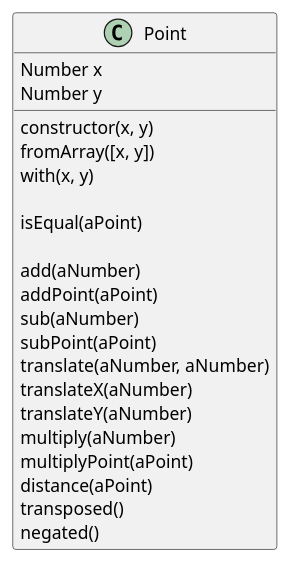
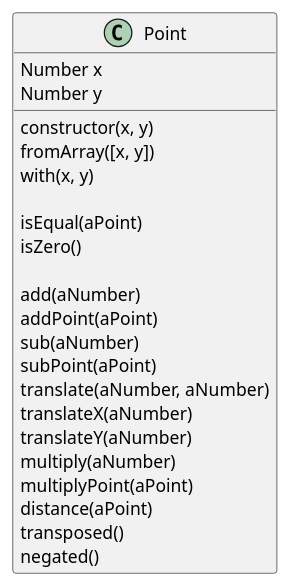
Before and after one commit to jarusll/Point: the diagram in Point.puml, drawn with PlantUML. The commit also changed 4 other files, not shown here.

```diff
--- a/Point.puml
+++ b/Point.puml
@@ -1,25 +1,26 @@
 @startuml Point
 class Point {
     Number x
     Number y
 
     constructor(x, y)
     fromArray([x, y])
     with(x, y)
 
     isEqual(aPoint)
+    isZero()
 
     add(aNumber)
     addPoint(aPoint)
     sub(aNumber)
     subPoint(aPoint)
     translate(aNumber, aNumber)
     translateX(aNumber)
     translateY(aNumber)
     multiply(aNumber)
     multiplyPoint(aPoint)
     distance(aPoint)
     transposed()
     negated()
 }
 @enduml
```
